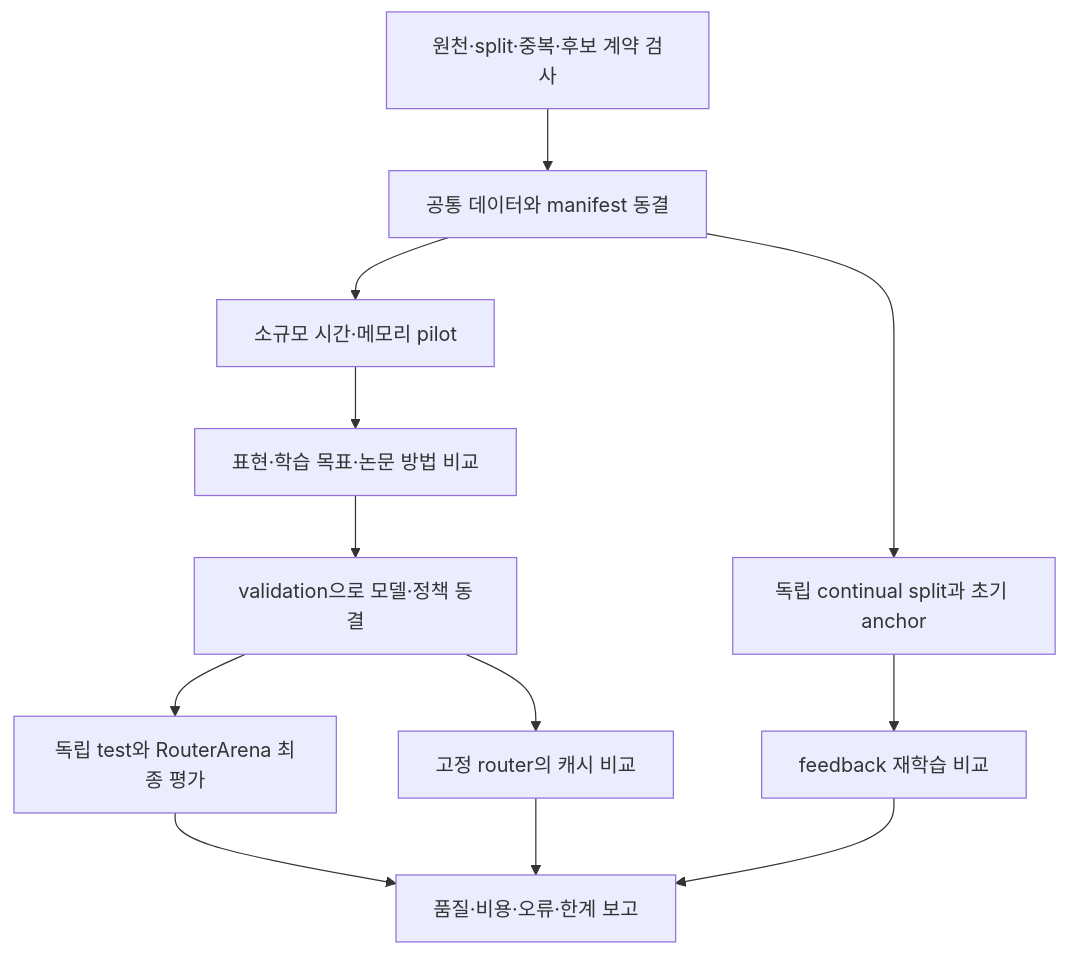
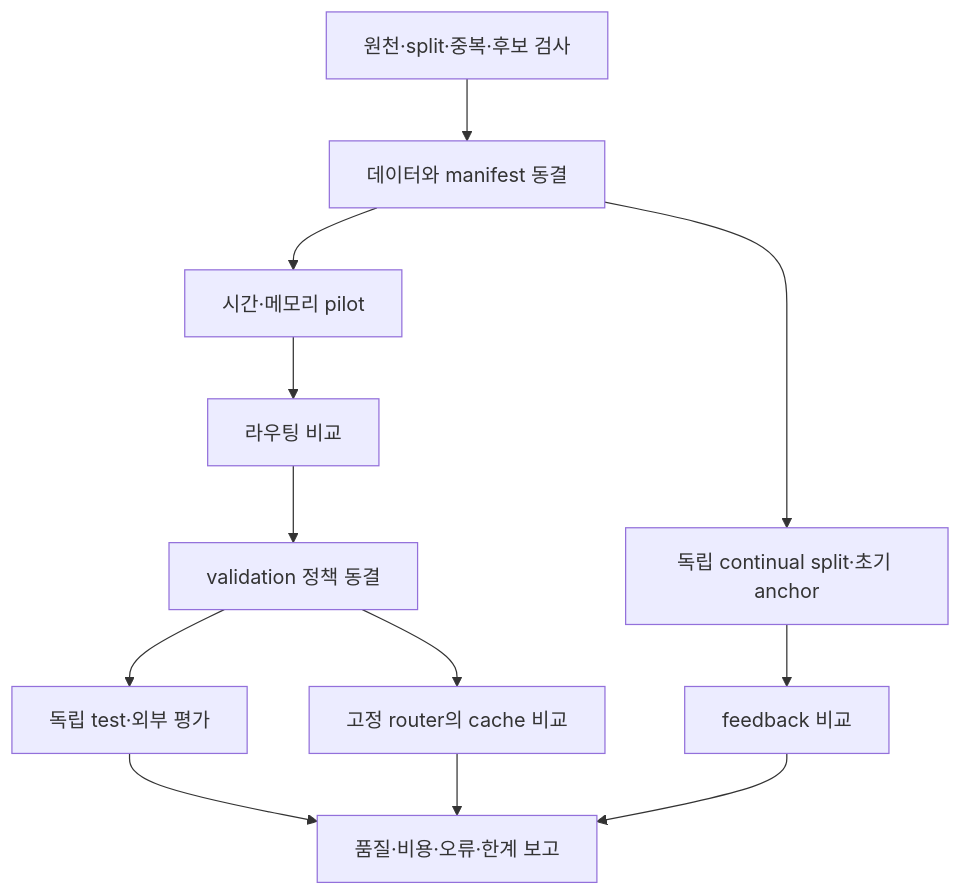
Before and after one commit to HYUCapstoneProject/LLM_Router: the first of 3 diagrams in docs/ml/README.md, drawn with Mermaid. The commit also changed other lines of this file and 14 other files, not shown here.

````diff
--- a/docs/ml/README.md
+++ b/docs/ml/README.md
@@ -49,14 +42,14 @@
 ```mermaid
 flowchart TD
-    A[원천·split·중복·후보 계약 검사] --> B[공통 데이터와 manifest 동결]
-    B --> C[소규모 시간·메모리 pilot]
-    C --> D[표현·학습 목표·논문 방법 비교]
-    D --> E[validation으로 모델·정책 동결]
-    E --> F[독립 test와 RouterArena 최종 평가]
-    B --> G[독립 continual split과 초기 anchor]
-    G --> H[feedback 재학습 비교]
-    E --> I[고정 router의 캐시 비교]
+    A[원천·split·중복·후보 검사] --> B[데이터와 manifest 동결]
+    B --> C[시간·메모리 pilot]
+    C --> D[라우팅 비교]
+    D --> E[validation 정책 동결]
+    E --> F[독립 test·외부 평가]
+    B --> G[독립 continual split·초기 anchor]
+    G --> H[feedback 비교]
+    E --> I[고정 router의 cache 비교]
     F --> J[품질·비용·오류·한계 보고]
     H --> J
     I --> J
 ```
````
